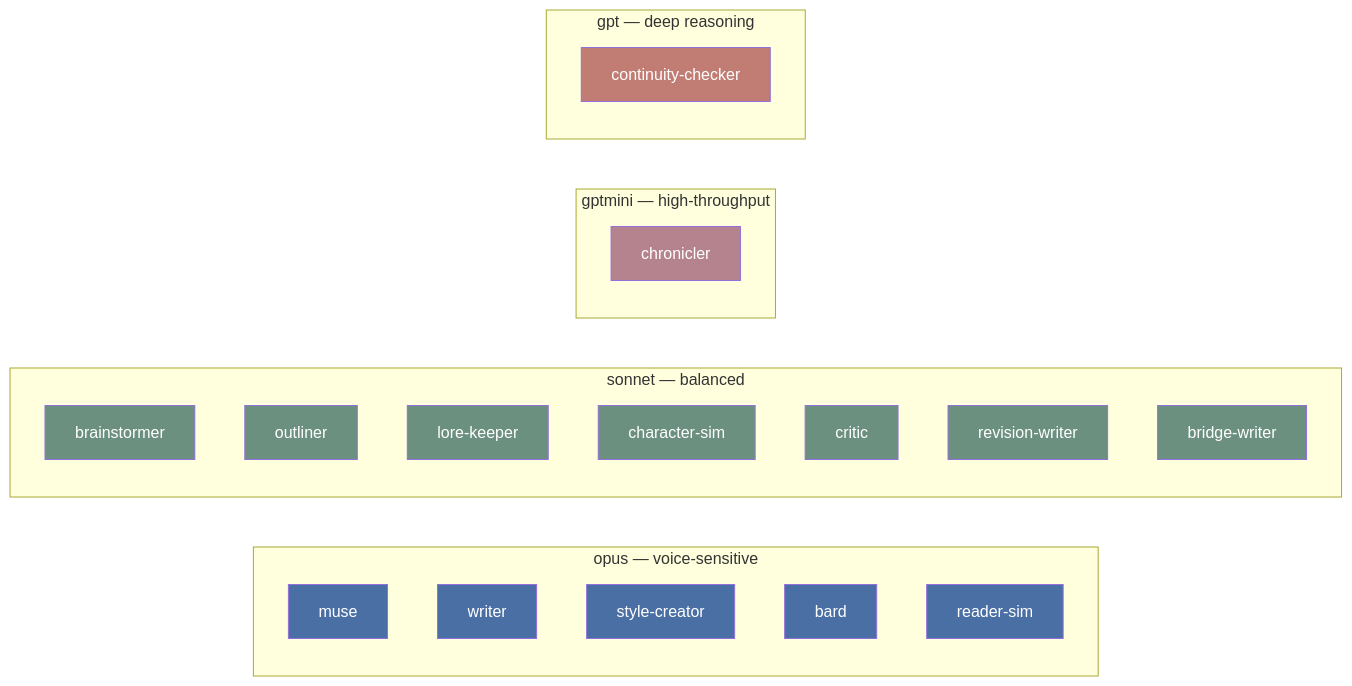
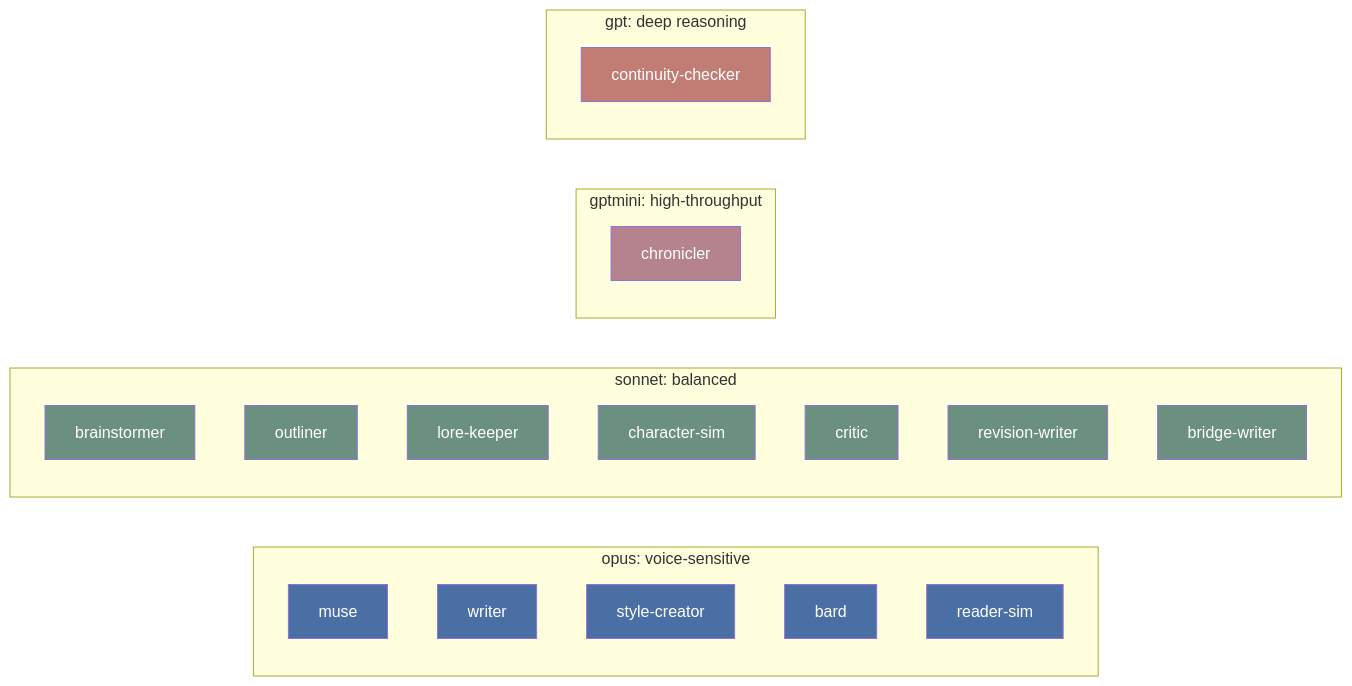
The third of 4 diagrams in docs/architecture.md (haowjy/creative-writing-skills), drawn with Mermaid before and after one commit. The commit also changed other lines of this file and 93 other files, not shown here.

Commit message:
Refine creative writing prompt vocabulary flow

````diff
--- a/docs/architecture.md
+++ b/docs/architecture.md
@@ -196,38 +209,38 @@
 ```mermaid
 graph LR
-    subgraph "opus — voice-sensitive"
+    subgraph "opus: voice-sensitive"
         SO[muse]
         WR[writer]
         SC[style-creator]
         DO[bard]
         RS[reader-sim]
     end
 
-    subgraph "sonnet — balanced"
+    subgraph "sonnet: balanced"
         BS[brainstormer]
         OL[outliner]
         KO[lore-keeper]
         CS[character-sim]
         CR[critic]
         RW[revision-writer]
         BW[bridge-writer]
     end
 
-    subgraph "gptmini — high-throughput"
+    subgraph "gptmini: high-throughput"
         CH[chronicler]
     end
 
-    subgraph "gpt — deep reasoning"
+    subgraph "gpt: deep reasoning"
         CC[continuity-checker]
     end
 
     classDef opus fill:#4a6fa5,color:#fff
     classDef sonnet fill:#6b9080,color:#fff
     classDef mini fill:#b5838d,color:#fff
     classDef gpt fill:#c17c74,color:#fff
 
     class SO,WR,SC,DO,RS opus
     class BS,OL,KO,CS,CR,RW,BW sonnet
     class CH mini
     class CC gpt
 ```
````
